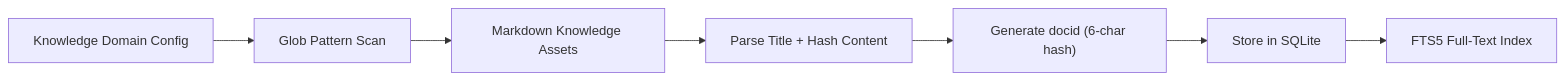
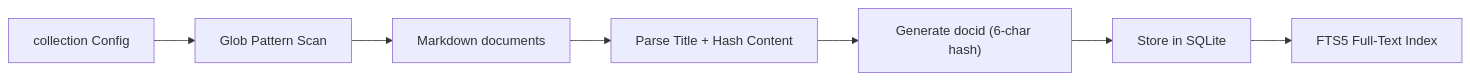
One commit to ambicuity/KINDX changed the fourth of 5 diagrams in README.md. Above: the diagram before and after it, drawn with Mermaid. The commit also changed other lines of this file and 1 other file, not shown here.

````diff
--- a/README.md
+++ b/README.md
@@ -578,9 +578,9 @@
 ```mermaid
 flowchart LR
-    COL["Knowledge Domain Config"] --> GLOB["Glob Pattern Scan"]
-    GLOB --> MD["Markdown Knowledge Assets"]
+    COL["collection Config"] --> GLOB["Glob Pattern Scan"]
+    GLOB --> MD["Markdown documents"]
     MD --> PARSE["Parse Title + Hash Content"]
     PARSE --> DOCID["Generate docid (6-char hash)"]
     DOCID --> SQL["Store in SQLite"]
     SQL --> FTS["FTS5 Full-Text Index"]
 ```
````
